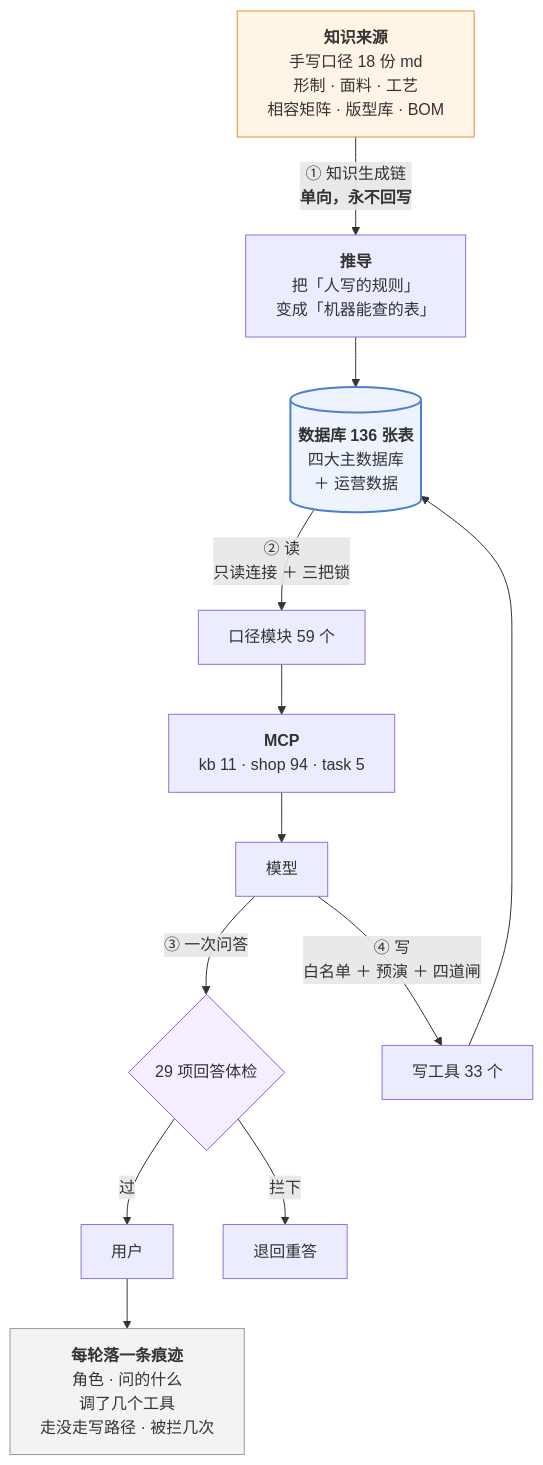
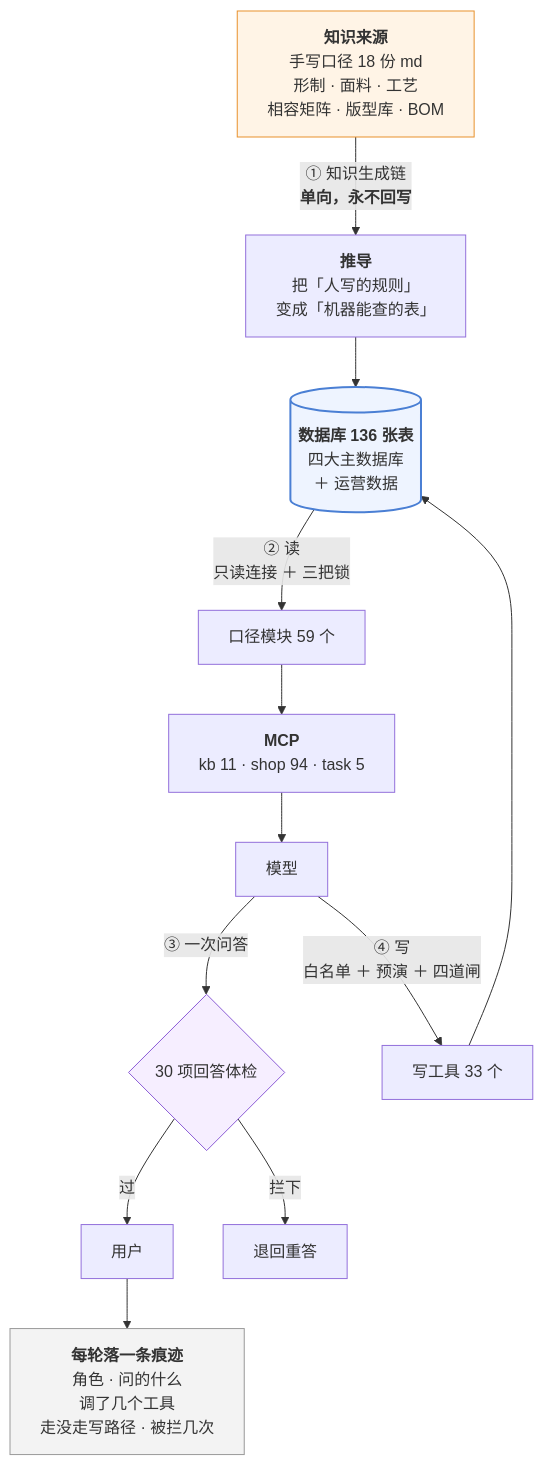
One commit to 843773296-rgb/lanxiu-yunshang-agent changed the third of 3 diagrams in 澜绣云裳agent-产品说明.md. Above: the diagram before and after it, drawn with Mermaid. The commit also changed other lines of this file and 3 other files, not shown here.

````diff
--- a/澜绣云裳agent-产品说明.md
+++ b/澜绣云裳agent-产品说明.md
@@ -1154,24 +1154,24 @@
 ```mermaid
 flowchart TD
     MD["<b>知识来源</b><br/>手写口径 18 份 md<br/>形制 · 面料 · 工艺<br/>相容矩阵 · 版型库 · BOM"]
     MD -->|"① 知识生成链<br/><b>单向，永不回写</b>"| DV["<b>推导</b><br/>把「人写的规则」<br/>变成「机器能查的表」"]
     DV --> DB[("<b>数据库 136 张表</b><br/>四大主数据库<br/>＋ 运营数据")]
 
     DB -->|"② 读<br/>只读连接 ＋ 三把锁"| KJ["口径模块 59 个"]
     KJ --> MCP["<b>MCP</b><br/>kb 11 · shop 94 · task 5"]
     MCP --> LLM["模型"]
 
-    LLM -->|"③ 一次问答"| GD{"29 项回答体检"}
+    LLM -->|"③ 一次问答"| GD{"30 项回答体检"}
     GD -- 过 --> U["用户"]
     GD -- 拦下 --> RE["退回重答"]
 
     LLM -->|"④ 写<br/>白名单 ＋ 预演 ＋ 四道闸"| W["写工具 33 个"]
     W --> DB
 
     U --> TR["<b>每轮落一条痕迹</b><br/>角色 · 问的什么<br/>调了几个工具<br/>走没走写路径 · 被拦几次"]
 
     style MD fill:#fff4e6,stroke:#e8912d
     style DB fill:#eef4ff,stroke:#4a7fd4,stroke-width:2px
     style GD fill:#f6eeff,stroke:#8b5cd6
     style TR fill:#f3f3f3,stroke:#999
 ```
````
